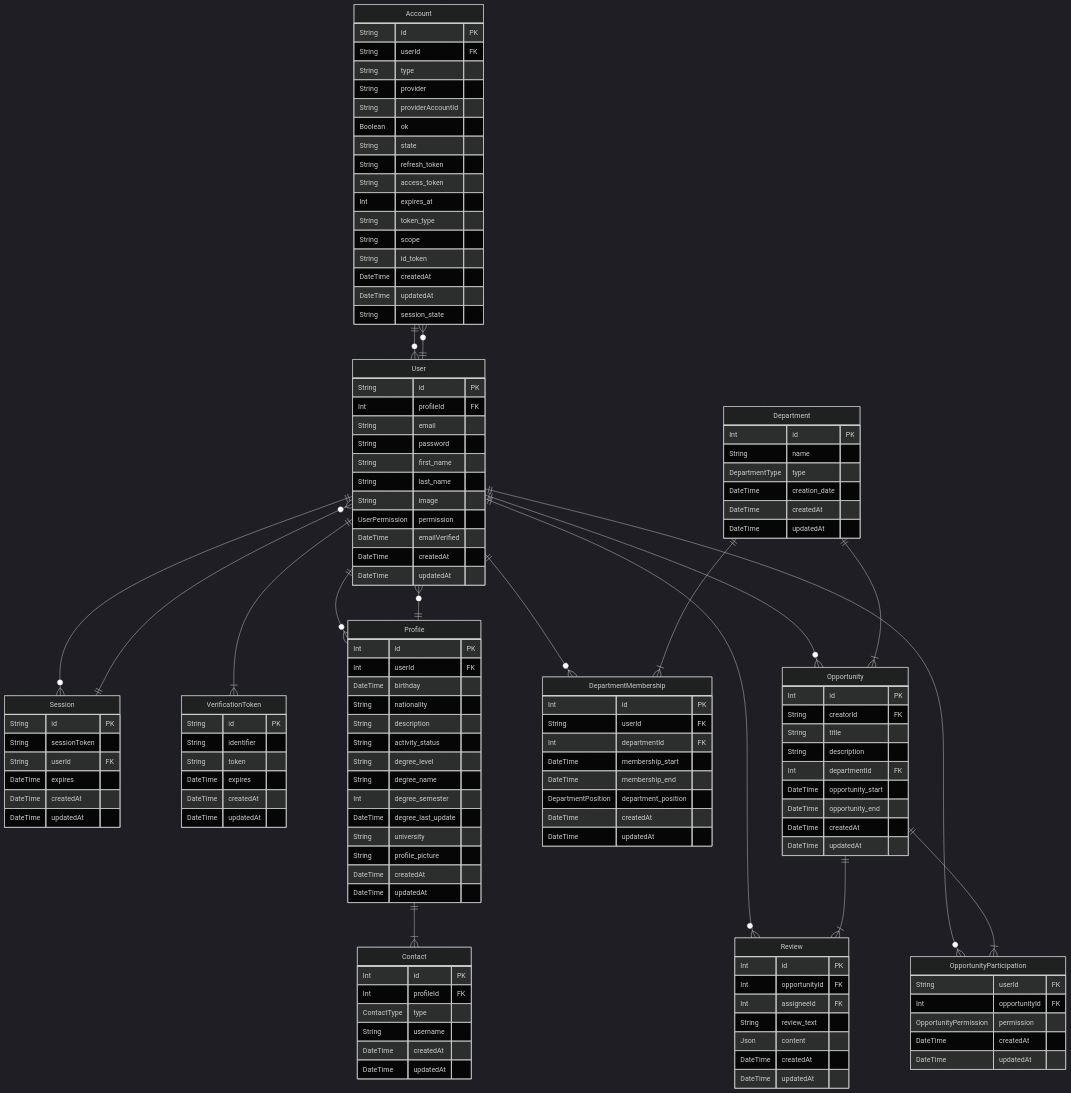
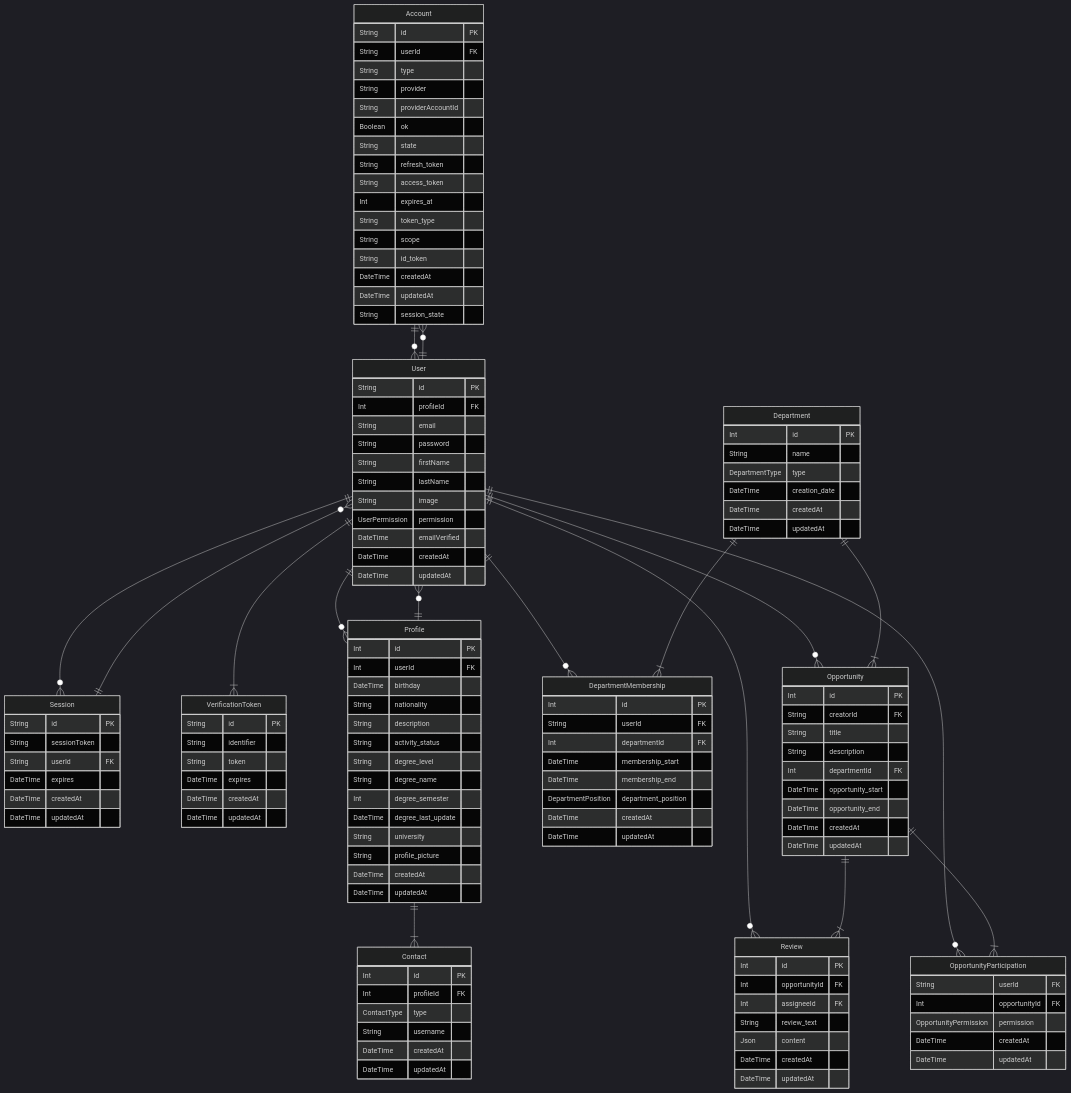
Before and after one commit to tum-ai/space: the diagram in app/README.md, drawn with Mermaid (dark theme). The commit also changed 21 other files, not shown here.

```diff
--- a/app/README.md
+++ b/app/README.md
@@ -65,8 +65,8 @@
         Int profileId FK
         String email
         String password
-        String first_name
-        String last_name
+        String firstName
+        String lastName
         String image
         UserPermission permission
         DateTime emailVerified
```
